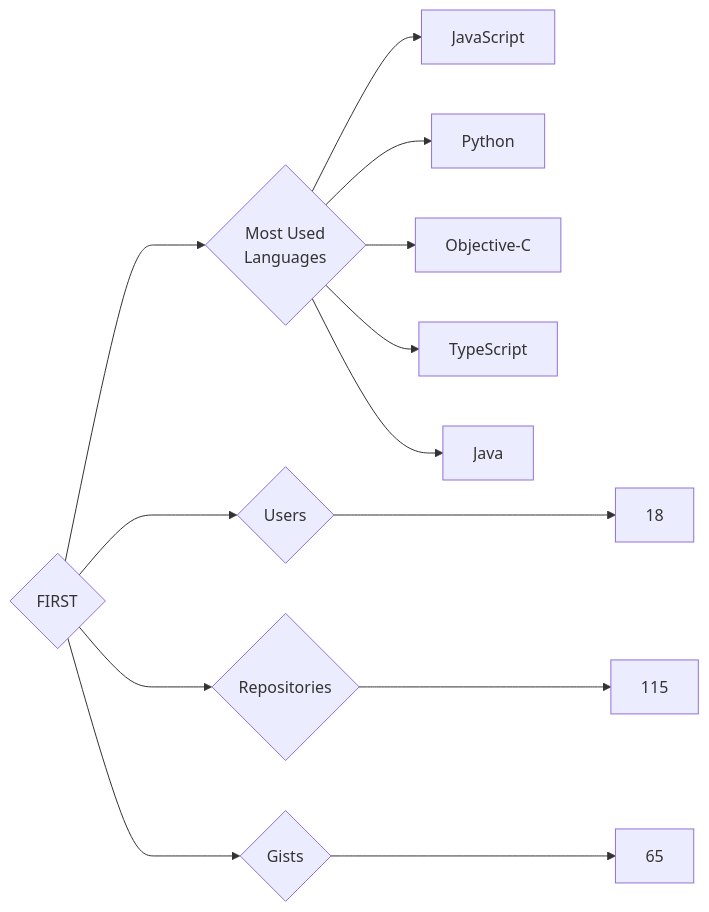
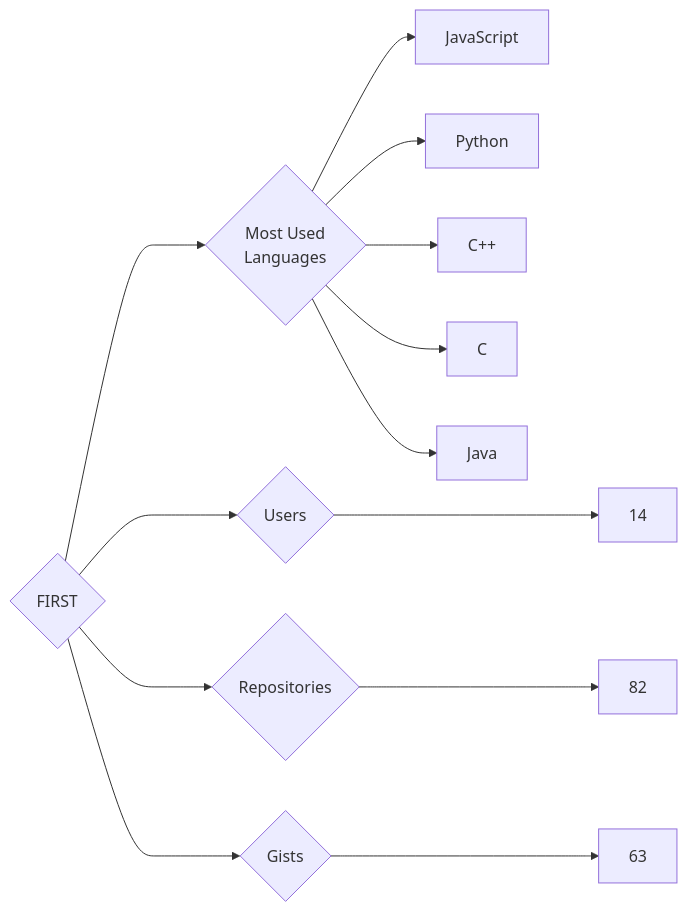
One commit to trickest/insiders changed the diagram in targets/FIRST/README.md. Above: the diagram before and after it, drawn with Mermaid. The commit also changed 870 other files, not shown here.

````diff
--- a/targets/FIRST/README.md
+++ b/targets/FIRST/README.md
@@ -3,13 +3,13 @@
 ```mermaid
 graph LR
 COMPANY_NAME{FIRST}
-COMPANY_NAME ---> U{Users} ---> UN[18]
-COMPANY_NAME ---> R{Repositories} ---> RN[115]
-COMPANY_NAME ---> G{Gists} ---> GN[65]
+COMPANY_NAME ---> U{Users} ---> UN[14]
+COMPANY_NAME ---> R{Repositories} ---> RN[82]
+COMPANY_NAME ---> G{Gists} ---> GN[63]
 COMPANY_NAME ---> ML{Most Used<br>Languages}
 ML --> JavaScript[JavaScript]
 ML --> Python[Python]
-ML --> Objective-C[Objective-C]
-ML --> TypeScript[TypeScript]
+ML --> C++[C++]
+ML --> C[C]
 ML --> Java[Java]
 ```
````
